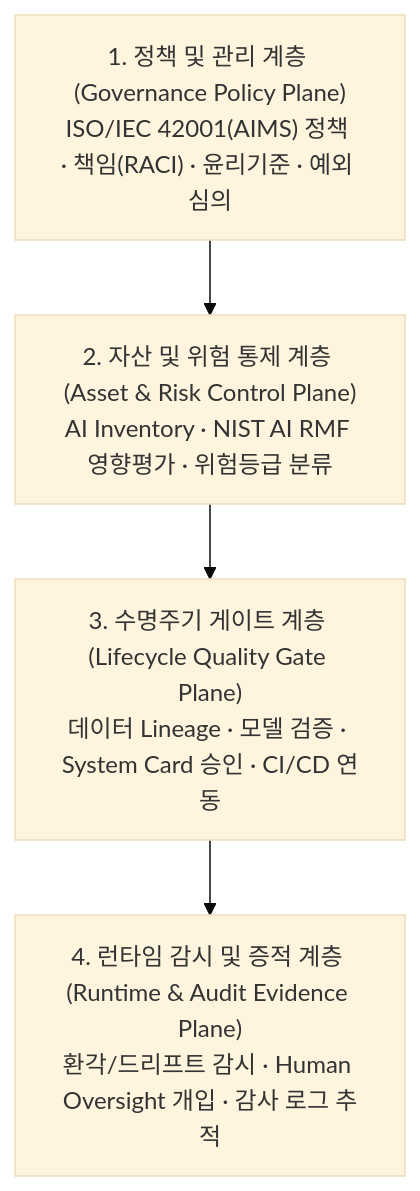
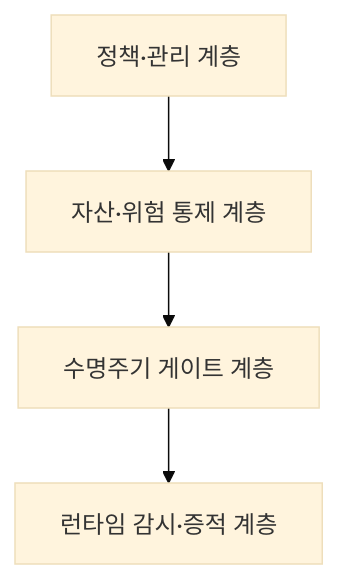
One commit to agnusdei1207/study changed the third of 3 diagrams in src/content/docs/notes/itpe/01-it-strategy/050_ai_governance_platform.md. Above: the diagram before and after it, drawn with Mermaid (base theme). The commit also changed other lines of this file and 19 other files, not shown here.

````diff
--- a/src/content/docs/notes/itpe/01-it-strategy/050_ai_governance_platform.md
+++ b/src/content/docs/notes/itpe/01-it-strategy/050_ai_governance_platform.md
@@ -143,9 +124,4 @@
 ```mermaid
 flowchart TD
-    L1["1. 정책 및 관리 계층 (Governance Policy Plane)<br/>ISO/IEC 42001(AIMS) 정책 · 책임(RACI) · 윤리기준 · 예외 심의"]
-    L2["2. 자산 및 위험 통제 계층 (Asset & Risk Control Plane)<br/>AI Inventory · NIST AI RMF 영향평가 · 위험등급 분류"]
-    L3["3. 수명주기 게이트 계층 (Lifecycle Quality Gate Plane)<br/>데이터 Lineage · 모델 검증 · System Card 승인 · CI/CD 연동"]
-    L4["4. 런타임 감시 및 증적 계층 (Runtime & Audit Evidence Plane)<br/>환각/드리프트 감시 · Human Oversight 개입 · 감사 로그 추적"]
-
-    L1 --> L2 --> L3 --> L4
+    L1["정책·관리 계층"] --> L2["자산·위험 통제 계층"] --> L3["수명주기 게이트 계층"] --> L4["런타임 감시·증적 계층"]
 ```
````
